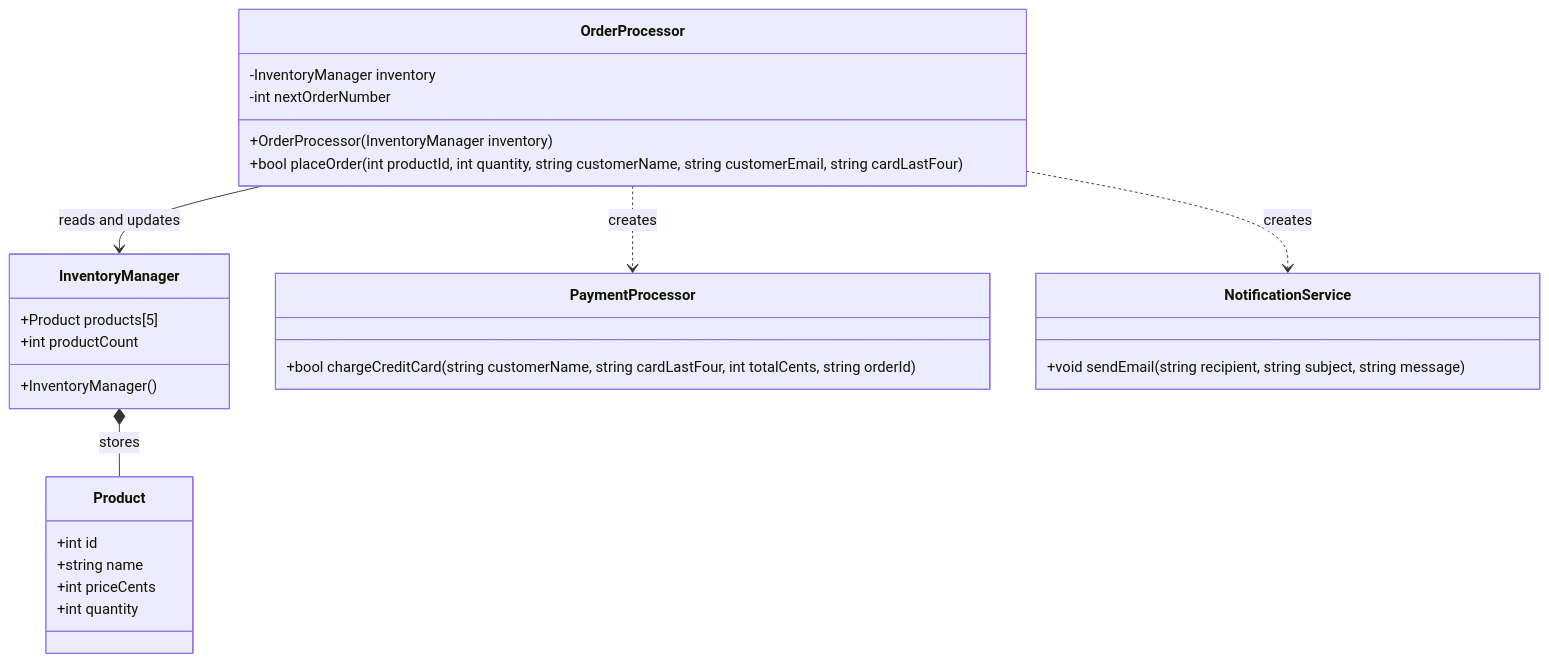
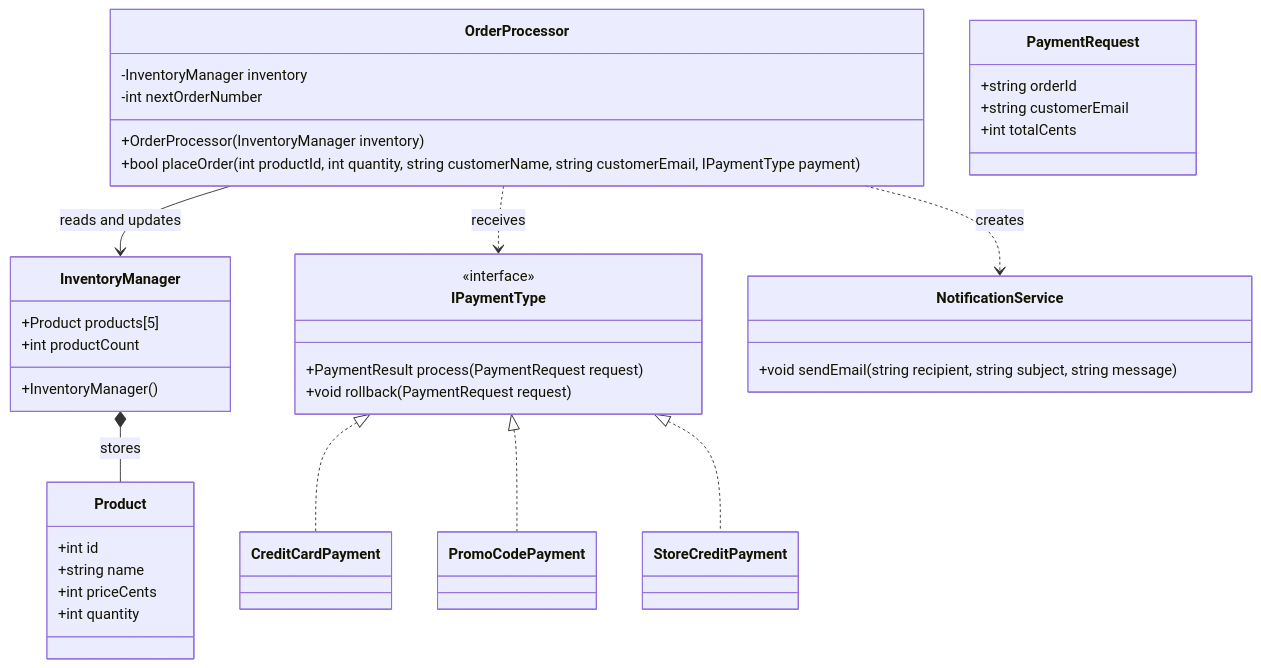
Before and after one commit to ChicoState/StoryMcStoreface: the diagram in README.md, drawn with Mermaid. The commit also changed other lines of this file and 4 other files, not shown here.

````diff
--- a/README.md
+++ b/README.md
@@ -69,35 +69,51 @@
 ```mermaid
 classDiagram
     class InventoryManager {
         +Product products[5]
         +int productCount
         +InventoryManager()
     }
 
     class Product {
         +int id
         +string name
         +int priceCents
         +int quantity
     }
 
     class OrderProcessor {
         -InventoryManager inventory
         -int nextOrderNumber
         +OrderProcessor(InventoryManager inventory)
-        +bool placeOrder(int productId, int quantity, string customerName, string customerEmail, string cardLastFour)
+        +bool placeOrder(int productId, int quantity, string customerName, string customerEmail, IPaymentType payment)
     }
 
-    class PaymentProcessor {
-        +bool chargeCreditCard(string customerName, string cardLastFour, int totalCents, string orderId)
+    class IPaymentType {
+        <<interface>>
+        +PaymentResult process(PaymentRequest request)
+        +void rollback(PaymentRequest request)
+    }
+
+    class CreditCardPayment
+    class PromoCodePayment
+    class StoreCreditPayment
+
+    IPaymentType <|.. CreditCardPayment
+    IPaymentType <|.. PromoCodePayment
+    IPaymentType <|.. StoreCreditPayment
+
+    class PaymentRequest {
+        +string orderId
+        +string customerEmail
+        +int totalCents
     }
 
     class NotificationService {
         +void sendEmail(string recipient, string subject, string message)
     }
 
     InventoryManager *-- Product : stores
     OrderProcessor --> InventoryManager : reads and updates
-    OrderProcessor ..> PaymentProcessor : creates
+    OrderProcessor ..> IPaymentType : receives
     OrderProcessor ..> NotificationService : creates
 ```
````
